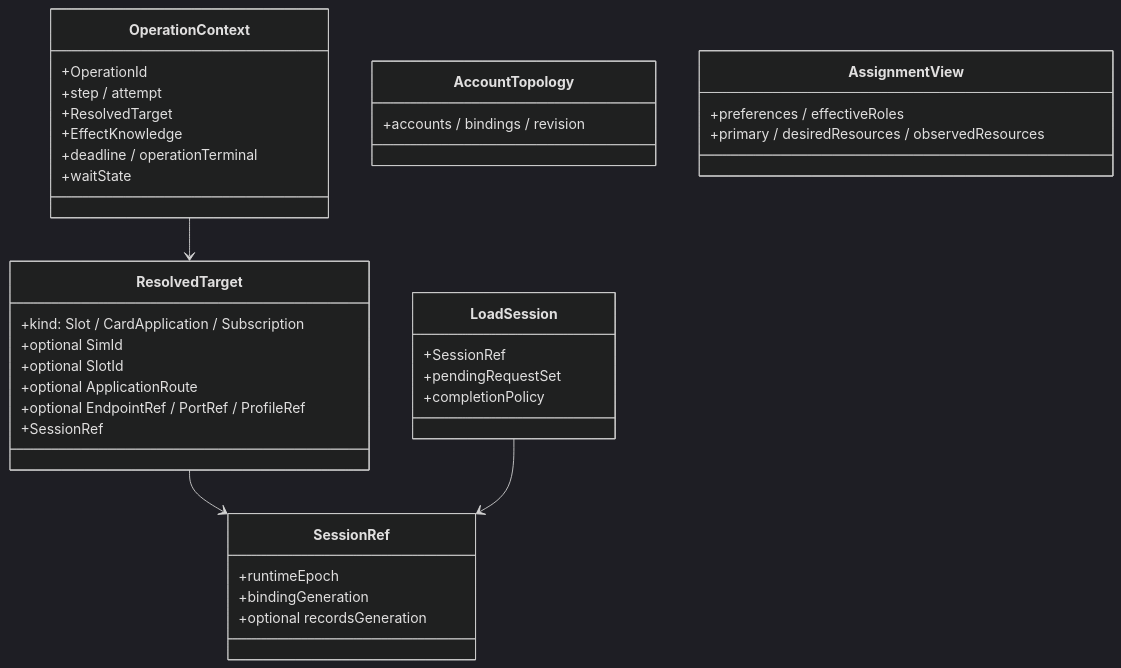
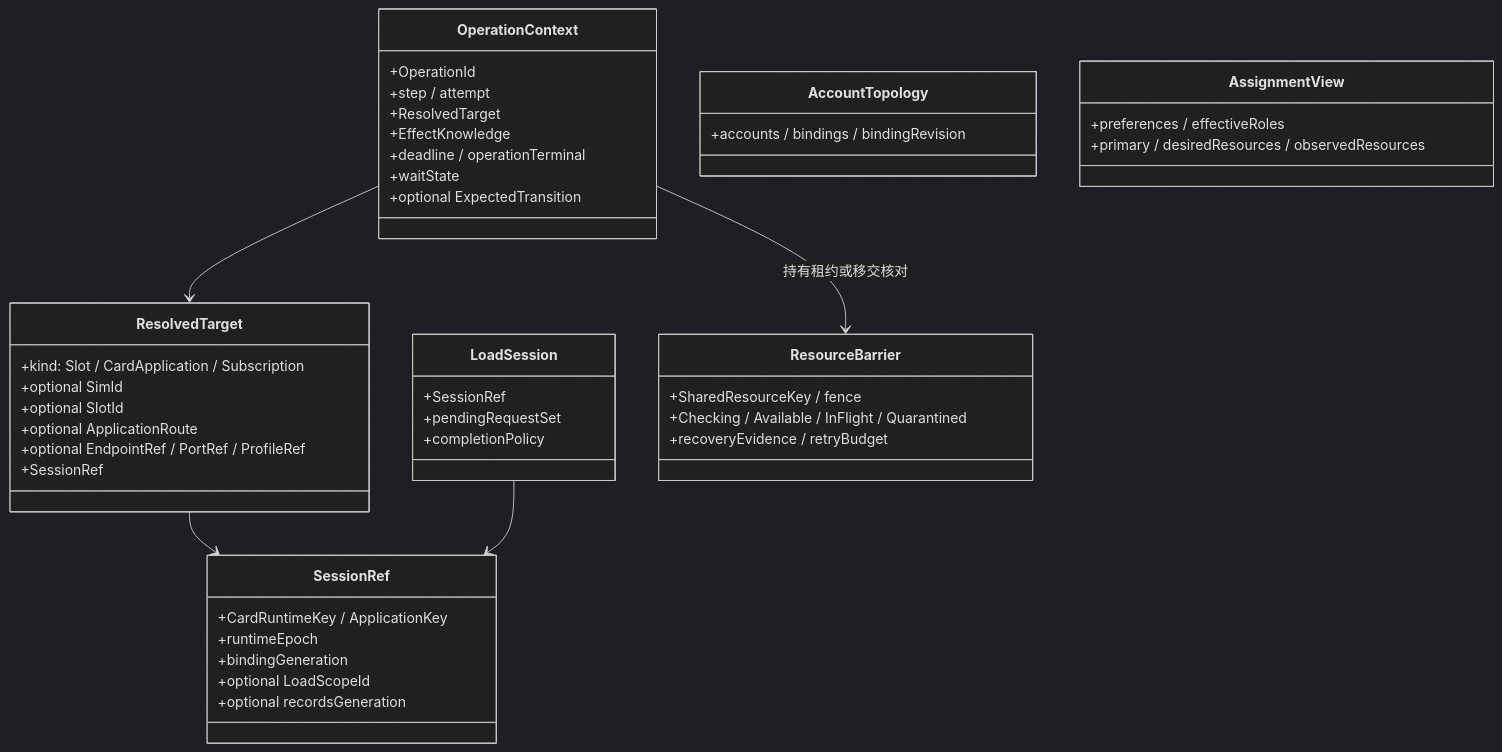
One commit to zjuluowu/multisim changed the fifth of 9 diagrams in telephony_core_service/docs/SIM_Architecture_Refactor_Design.md. Above: the diagram before and after it, drawn with Mermaid (dark theme). The commit also changed other lines of this file, not shown here.

First line of the commit message:
docs(sim): correct architecture review findings

````diff
--- a/telephony_core_service/docs/SIM_Architecture_Refactor_Design.md
+++ b/telephony_core_service/docs/SIM_Architecture_Refactor_Design.md
@@ -301,39 +306,48 @@
 ```mermaid
 classDiagram
   class ResolvedTarget {
     +kind: Slot / CardApplication / Subscription
     +optional SimId
     +optional SlotId
     +optional ApplicationRoute
     +optional EndpointRef / PortRef / ProfileRef
     +SessionRef
   }
   class SessionRef {
+    +CardRuntimeKey / ApplicationKey
     +runtimeEpoch
     +bindingGeneration
+    +optional LoadScopeId
     +optional recordsGeneration
   }
   class LoadSession {
     +SessionRef
     +pendingRequestSet
     +completionPolicy
   }
   class OperationContext {
     +OperationId
     +step / attempt
     +ResolvedTarget
     +EffectKnowledge
     +deadline / operationTerminal
     +waitState
+    +optional ExpectedTransition
   }
   class AccountTopology {
-    +accounts / bindings / revision
+    +accounts / bindings / bindingRevision
   }
   class AssignmentView {
     +preferences / effectiveRoles
     +primary / desiredResources / observedResources
   }
   OperationContext --> ResolvedTarget
   ResolvedTarget --> SessionRef
   LoadSession --> SessionRef
+  class ResourceBarrier {
+    +SharedResourceKey / fence
+    +Checking / Available / InFlight / Quarantined
+    +recoveryEvidence / retryBudget
+  }
+  OperationContext --> ResourceBarrier : 持有租约或移交核对
 ```
````
